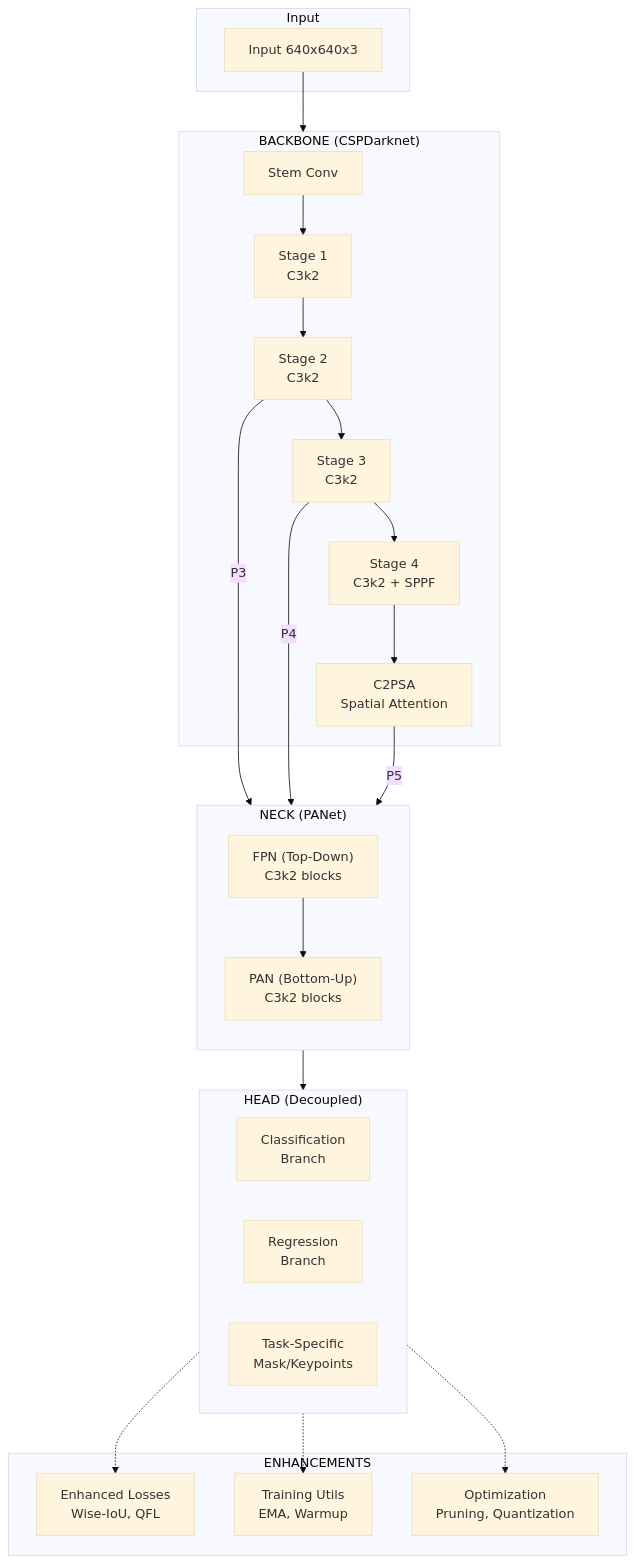
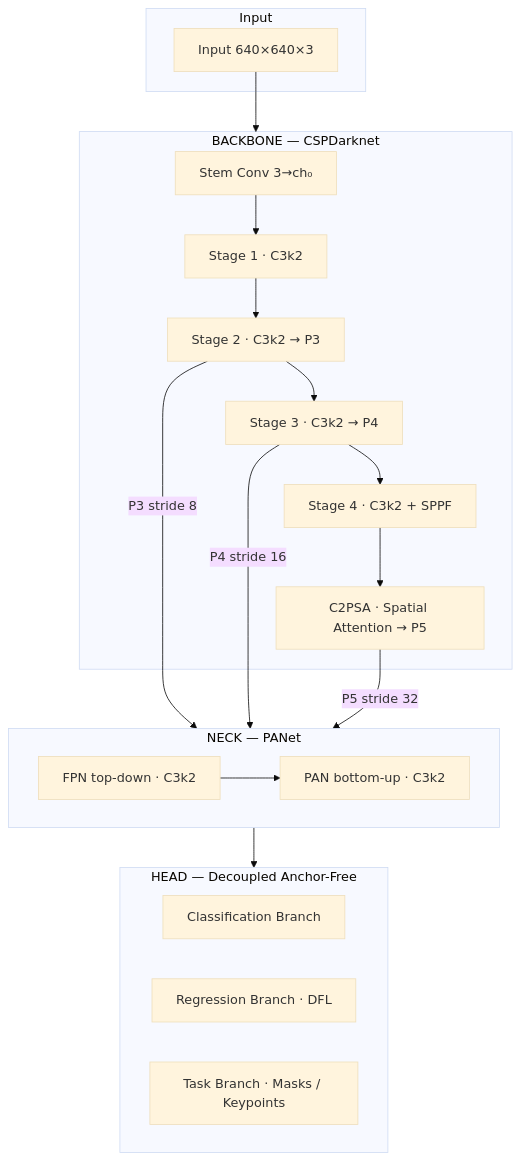
Before and after one commit to B4rtekk1/YOLO: the diagram in README.md, drawn with Mermaid (base theme). The commit also changed other lines of this file and 23 other files, not shown here.

````diff
--- a/README.md
+++ b/README.md
@@ -70,45 +121,34 @@
 ```mermaid
 flowchart TB
     subgraph Input
-        IMG[Input 640x640x3]
+        IMG[Input 640×640×3]
     end
-    
-    subgraph Backbone["BACKBONE (CSPDarknet)"]
-        STEM[Stem Conv]
-        S1[Stage 1<br/>C3k2]
-        S2[Stage 2<br/>C3k2]
-        S3[Stage 3<br/>C3k2]
-        S4[Stage 4<br/>C3k2 + SPPF]
-        PSA[C2PSA<br/>Spatial Attention]
-        
+
+    subgraph Backbone["BACKBONE — CSPDarknet"]
+        STEM[Stem Conv 3→ch₀]
+        S1[Stage 1 · C3k2]
+        S2[Stage 2 · C3k2 → P3]
+        S3[Stage 3 · C3k2 → P4]
+        S4[Stage 4 · C3k2 + SPPF]
+        PSA[C2PSA · Spatial Attention → P5]
         STEM --> S1 --> S2 --> S3 --> S4 --> PSA
     end
-    
-    subgraph Neck["NECK (PANet)"]
-        direction TB
-        FPN["FPN (Top-Down)<br/>C3k2 blocks"]
-        PAN["PAN (Bottom-Up)<br/>C3k2 blocks"]
+
+    subgraph Neck["NECK — PANet"]
+        FPN["FPN top-down · C3k2"]
+        PAN["PAN bottom-up · C3k2"]
         FPN --> PAN
     end
-    
-    subgraph Head["HEAD (Decoupled)"]
-        CLS[Classification<br/>Branch]
-        REG[Regression<br/>Branch]
-        TASK[Task-Specific<br/>Mask/Keypoints]
+
+    subgraph Head["HEAD — Decoupled Anchor-Free"]
+        CLS[Classification Branch]
+        REG[Regression Branch · DFL]
+        TASK[Task Branch · Masks / Keypoints]
     end
-    
-    subgraph Enhancements["ENHANCEMENTS"]
-        LOSS[Enhanced Losses<br/>Wise-IoU, QFL]
-        TRAIN[Training Utils<br/>EMA, Warmup]
-        OPT[Optimization<br/>Pruning, Quantization]
-    end
-    
+
     IMG --> Backbone
-    S2 -->|P3| Neck
-    S3 -->|P4| Neck
-    PSA -->|P5| Neck
+    S2 -->|P3 stride 8| Neck
+    S3 -->|P4 stride 16| Neck
+    PSA -->|P5 stride 32| Neck
     Neck --> Head
-    Head -.-> LOSS
-    Head -.-> TRAIN
-    Head -.-> OPT
 ```
````
